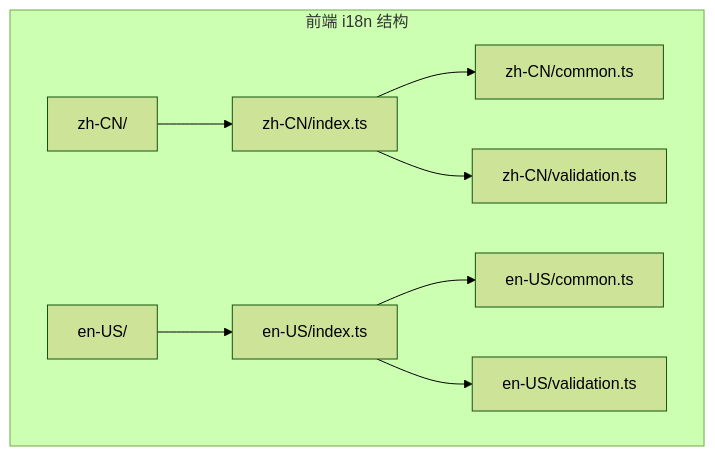
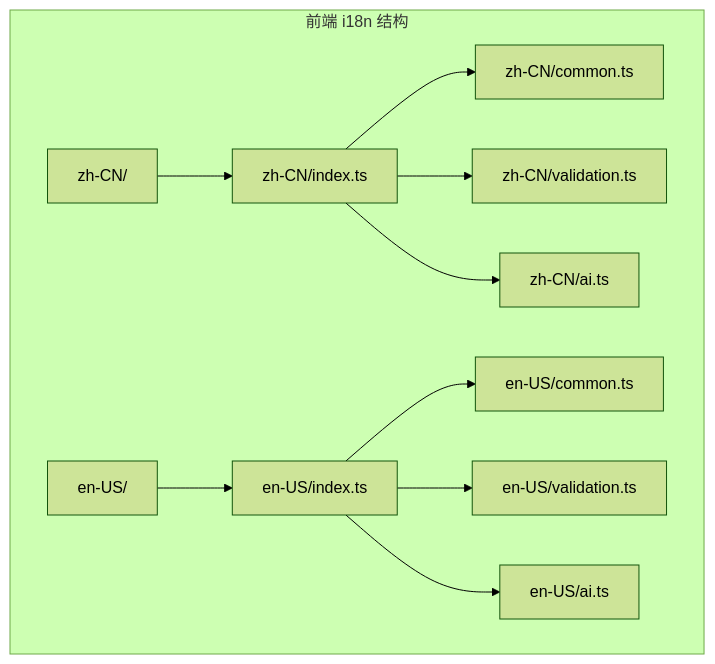
One commit to xixixiaoyu/Todo changed the first of 7 diagrams in .qoder/repowiki/zh/content/前端架构/国际化.md. Above: the diagram before and after it, drawn with Mermaid (forest theme). The commit also changed other lines of this file and 4 other files, not shown here.

````diff
--- a/.qoder/repowiki/zh/content/前端架构/国际化.md
+++ b/.qoder/repowiki/zh/content/前端架构/国际化.md
@@ -51,19 +56,23 @@
 ```mermaid
 graph TB
 subgraph "前端 i18n 结构"
 ZH["zh-CN/"]
 EN["en-US/"]
 ZH_INDEX["zh-CN/index.ts"]
 EN_INDEX["en-US/index.ts"]
 COMMON_ZH["zh-CN/common.ts"]
 VALID_ZH["zh-CN/validation.ts"]
+AI_ZH["zh-CN/ai.ts"]
 COMMON_EN["en-US/common.ts"]
 VALID_EN["en-US/validation.ts"]
+AI_EN["en-US/ai.ts"]
 end
 ZH --> ZH_INDEX
 EN --> EN_INDEX
 ZH_INDEX --> COMMON_ZH
 ZH_INDEX --> VALID_ZH
+ZH_INDEX --> AI_ZH
 EN_INDEX --> COMMON_EN
 EN_INDEX --> VALID_EN
+EN_INDEX --> AI_EN
 ```
````
